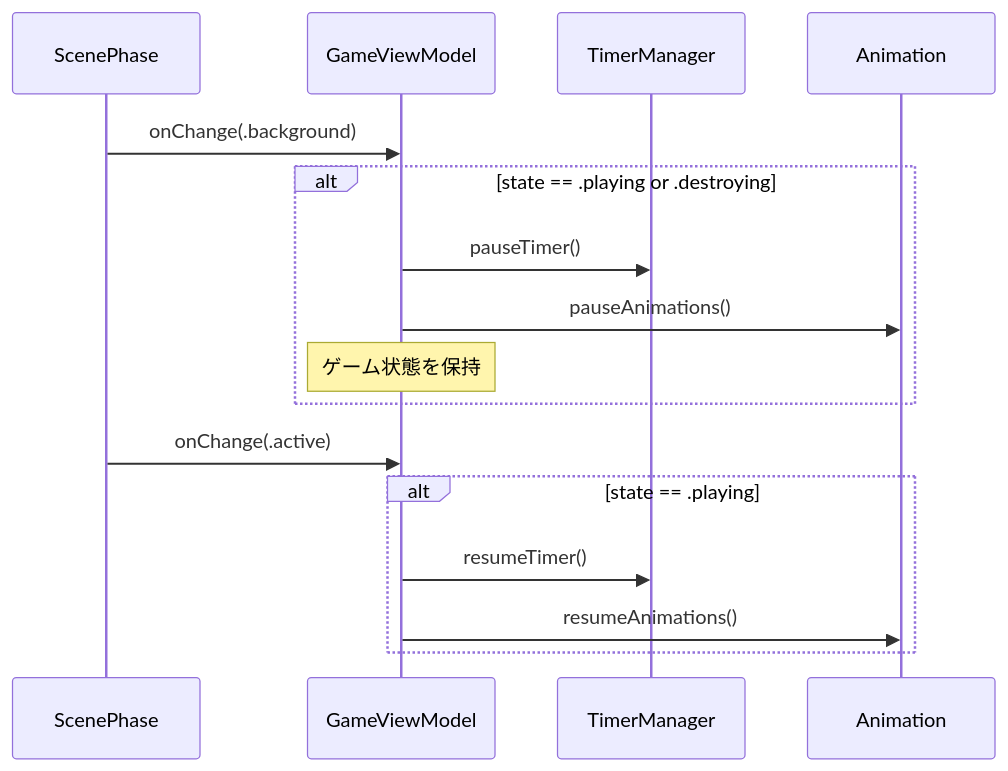
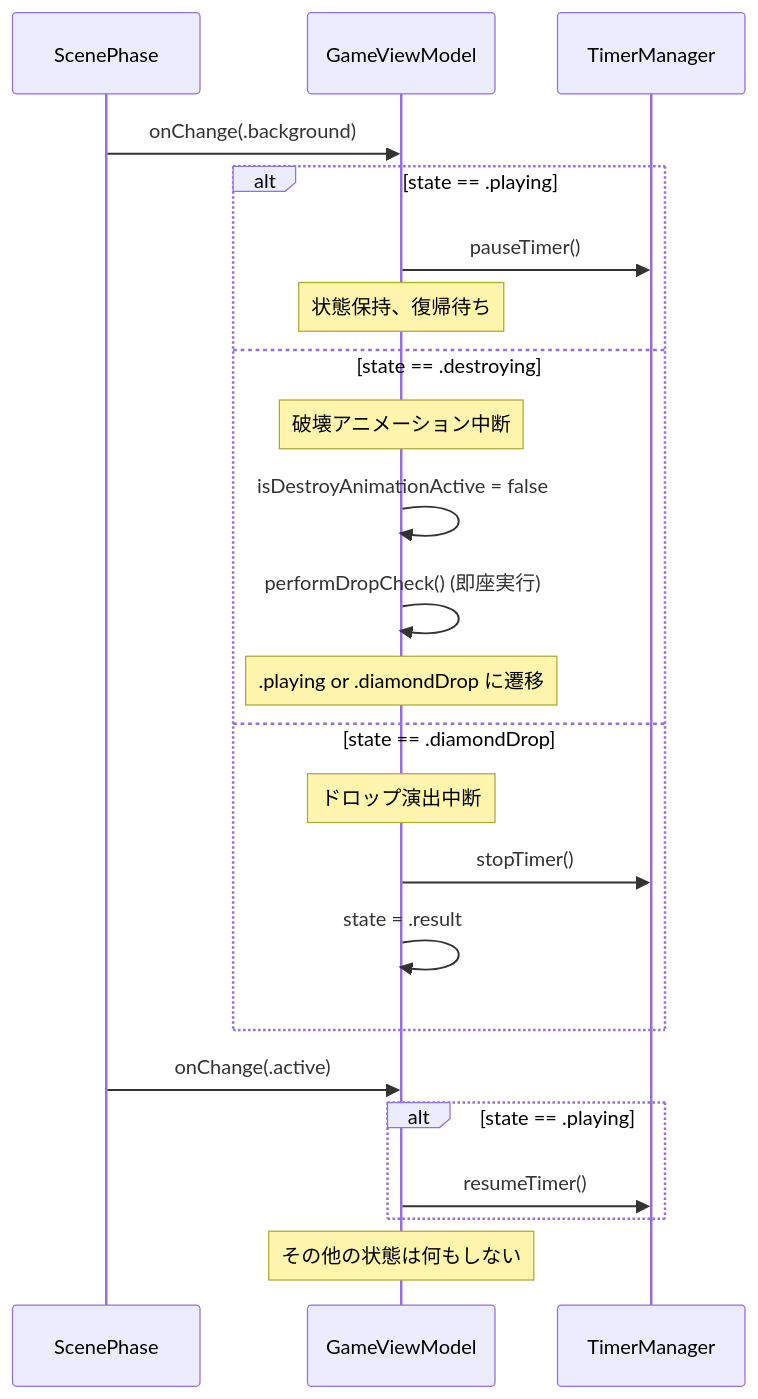
The fourth of 4 diagrams in .kiro/specs/diamond-ore-mining/design.md (ShuheiIshihara/OreBreakMiniGame), drawn with Mermaid before and after one commit. The commit also changed other lines of this file, not shown here.

````diff
--- a/.kiro/specs/diamond-ore-mining/design.md
+++ b/.kiro/specs/diamond-ore-mining/design.md
@@ -178,20 +264,29 @@
 ```mermaid
 sequenceDiagram
     participant ScenePhase
     participant ViewModel as GameViewModel
     participant Timer as TimerManager
-    participant Animation
 
     ScenePhase->>ViewModel: onChange(.background)
-    alt state == .playing or .destroying
+
+    alt state == .playing
         ViewModel->>Timer: pauseTimer()
-        ViewModel->>Animation: pauseAnimations()
-        Note over ViewModel: ゲーム状態を保持
+        Note over ViewModel: 状態保持、復帰待ち
+    else state == .destroying
+        Note over ViewModel: 破壊アニメーション中断
+        ViewModel->>ViewModel: isDestroyAnimationActive = false
+        ViewModel->>ViewModel: performDropCheck() (即座実行)
+        Note over ViewModel: .playing or .diamondDrop に遷移
+    else state == .diamondDrop
+        Note over ViewModel: ドロップ演出中断
+        ViewModel->>Timer: stopTimer()
+        ViewModel->>ViewModel: state = .result
     end
 
     ScenePhase->>ViewModel: onChange(.active)
+
     alt state == .playing
         ViewModel->>Timer: resumeTimer()
-        ViewModel->>Animation: resumeAnimations()
     end
+    Note over ViewModel: その他の状態は何もしない
 ```
````
